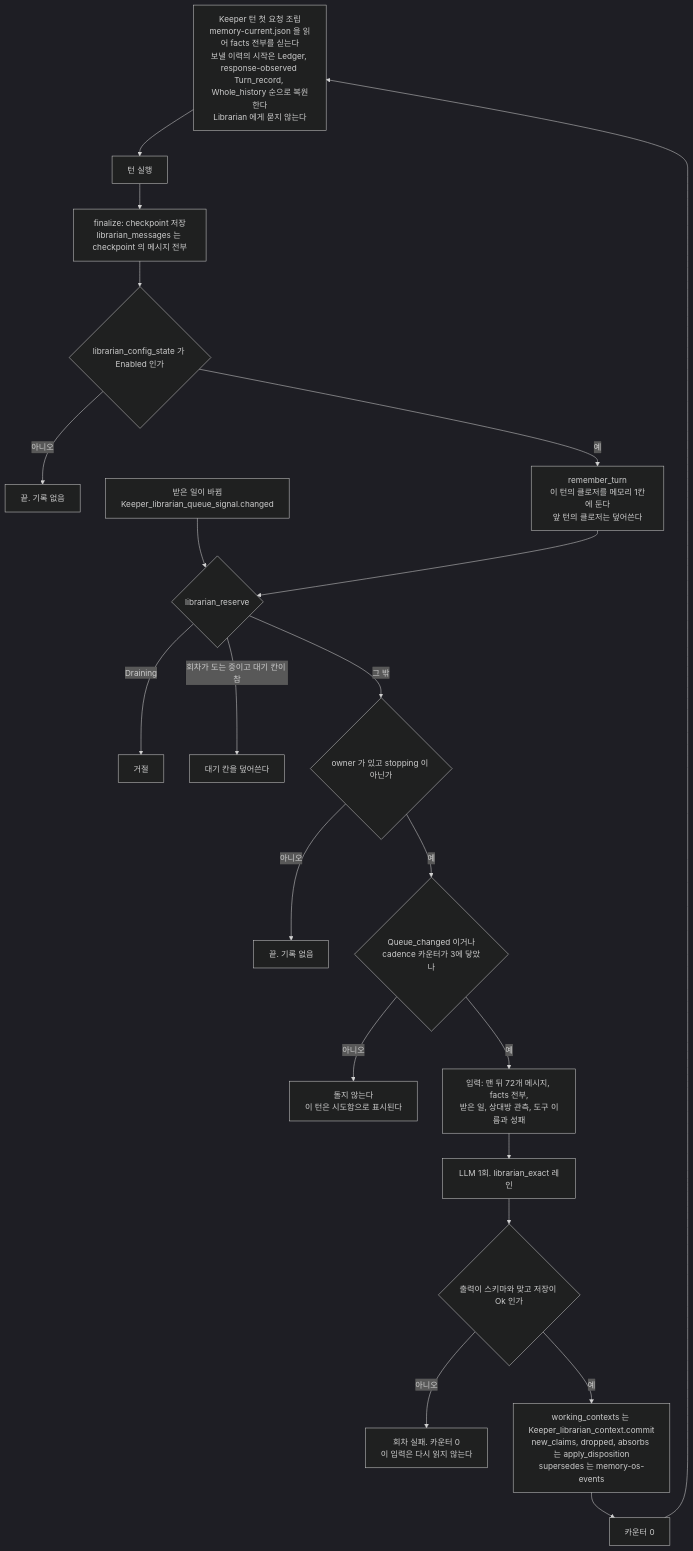
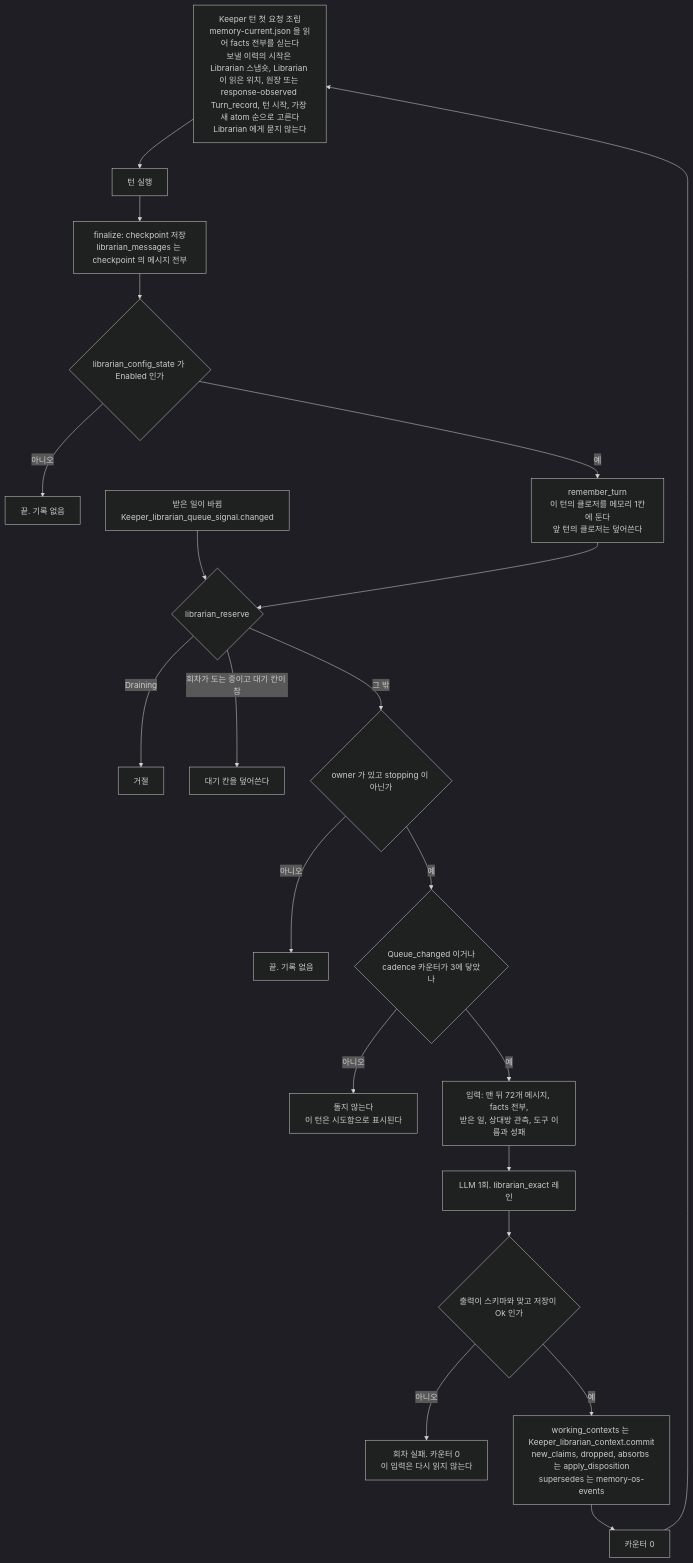
One commit to jeong-sik/masc changed the first of 2 diagrams in docs/rfc/RFC-librarian-lifecycle.md. Above: the diagram before and after it, drawn with Mermaid (dark theme). The commit also changed 4 other files, not shown here.

First line of the commit message:
docs: Whole_history 잔재 숙청 — 없어진 fallback 을 지금 동작처럼 말하는 문장과 테스트 이름 (#37760)

````diff
--- a/docs/rfc/RFC-librarian-lifecycle.md
+++ b/docs/rfc/RFC-librarian-lifecycle.md
@@ -112,23 +112,23 @@
 ```mermaid
 flowchart TD
-  A["Keeper 턴 첫 요청 조립<br/>memory-current.json 을 읽어 facts 전부를 싣는다<br/>보낼 이력의 시작은 Ledger, response-observed Turn_record, Whole_history 순으로 복원한다<br/>Librarian 에게 묻지 않는다"] --> B["턴 실행"]
+  A["Keeper 턴 첫 요청 조립<br/>memory-current.json 을 읽어 facts 전부를 싣는다<br/>보낼 이력의 시작은 Librarian 스냅숏, Librarian 이 읽은 위치, 원장 또는 response-observed Turn_record, 턴 시작, 가장 새 atom 순으로 고른다<br/>Librarian 에게 묻지 않는다"] --> B["턴 실행"]
   B --> C["finalize: checkpoint 저장<br/>librarian_messages 는 checkpoint 의 메시지 전부"]
   C --> D{"librarian_config_state 가 Enabled 인가"}
   D -->|"아니오"| X0["끝. 기록 없음"]
   D -->|"예"| E["remember_turn<br/>이 턴의 클로저를 메모리 1칸에 둔다<br/>앞 턴의 클로저는 덮어쓴다"]
   Q["받은 일이 바뀜<br/>Keeper_librarian_queue_signal.changed"] --> F
   E --> F{"librarian_reserve"}
   F -->|"Draining"| X1["거절"]
   F -->|"회차가 도는 중이고 대기 칸이 참"| X2["대기 칸을 덮어쓴다"]
   F -->|"그 밖"| G{"owner 가 있고 stopping 이 아닌가"}
   G -->|"아니오"| X3["끝. 기록 없음"]
   G -->|"예"| H{"Queue_changed 이거나<br/>cadence 카운터가 3에 닿았나"}
   H -->|"아니오"| X4["돌지 않는다<br/>이 턴은 시도함으로 표시된다"]
   H -->|"예"| I["입력: 맨 뒤 72개 메시지, facts 전부,<br/>받은 일, 상대방 관측, 도구 이름과 성패"]
   I --> J["LLM 1회. librarian_exact 레인"]
   J --> K{"출력이 스키마와 맞고 저장이 Ok 인가"}
   K -->|"아니오"| X5["회차 실패. 카운터 0<br/>이 입력은 다시 읽지 않는다"]
   K -->|"예"| L["working_contexts 는 Keeper_librarian_context.commit<br/>new_claims, dropped, absorbs 는 apply_disposition<br/>supersedes 는 memory-os-events"]
   L --> M["카운터 0"]
   M --> A
 ```
````
